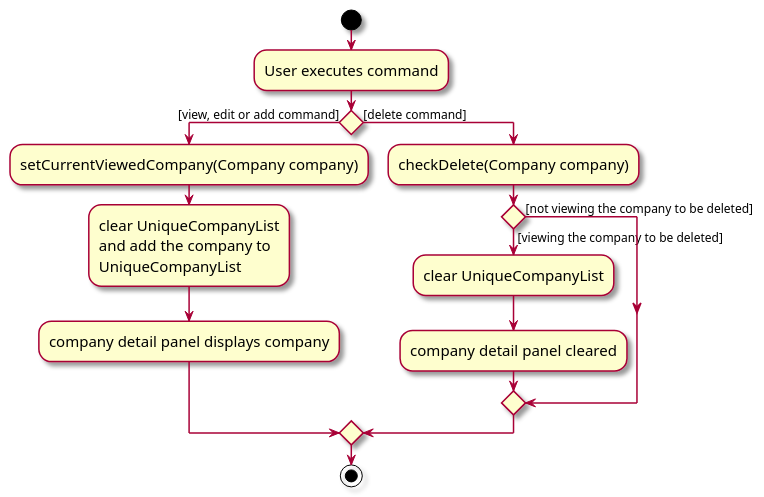
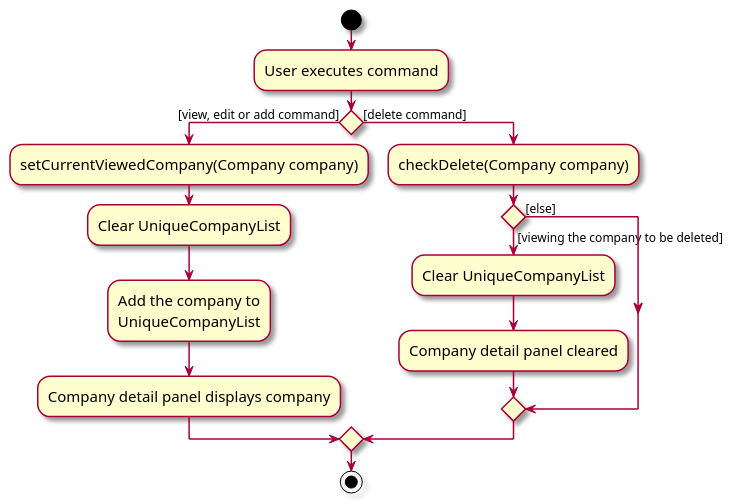
One commit to tayruxin/tp changed the diagram in docs/diagrams/CompanyDetailPanelActivityDiagram.puml. Above: the diagram before and after it, drawn with PlantUML.

Commit message:
Edit CompanyDetailPanelActivityDiagram

```diff
--- a/docs/diagrams/CompanyDetailPanelActivityDiagram.puml
+++ b/docs/diagrams/CompanyDetailPanelActivityDiagram.puml
@@ -1,27 +1,27 @@
 @startuml
 skin rose
 skinparam ActivityFontSize 15
 skinparam ArrowFontSize 12
 start
 :User executes command;
 
 'Since the beta syntax does not support placing the condition outside the
 'diamond we place it as the true branch instead.
 
 if () then ([view, edit or add command])
     :setCurrentViewedCompany(Company company);
-    :clear UniqueCompanyList
-    and add the company to
+    :Clear UniqueCompanyList;
+    :Add the company to
     UniqueCompanyList;
-    :company detail panel displays company;
+    :Company detail panel displays company;
 else ([delete command])
     :checkDelete(Company company);
     if () then ([viewing the company to be deleted])
-        :clear UniqueCompanyList;
-        :company detail panel cleared;
-    else ([not viewing the company to be deleted])
+        :Clear UniqueCompanyList;
+        :Company detail panel cleared;
+    else ([else])
     endif
 
 endif
 stop
 @enduml
```
